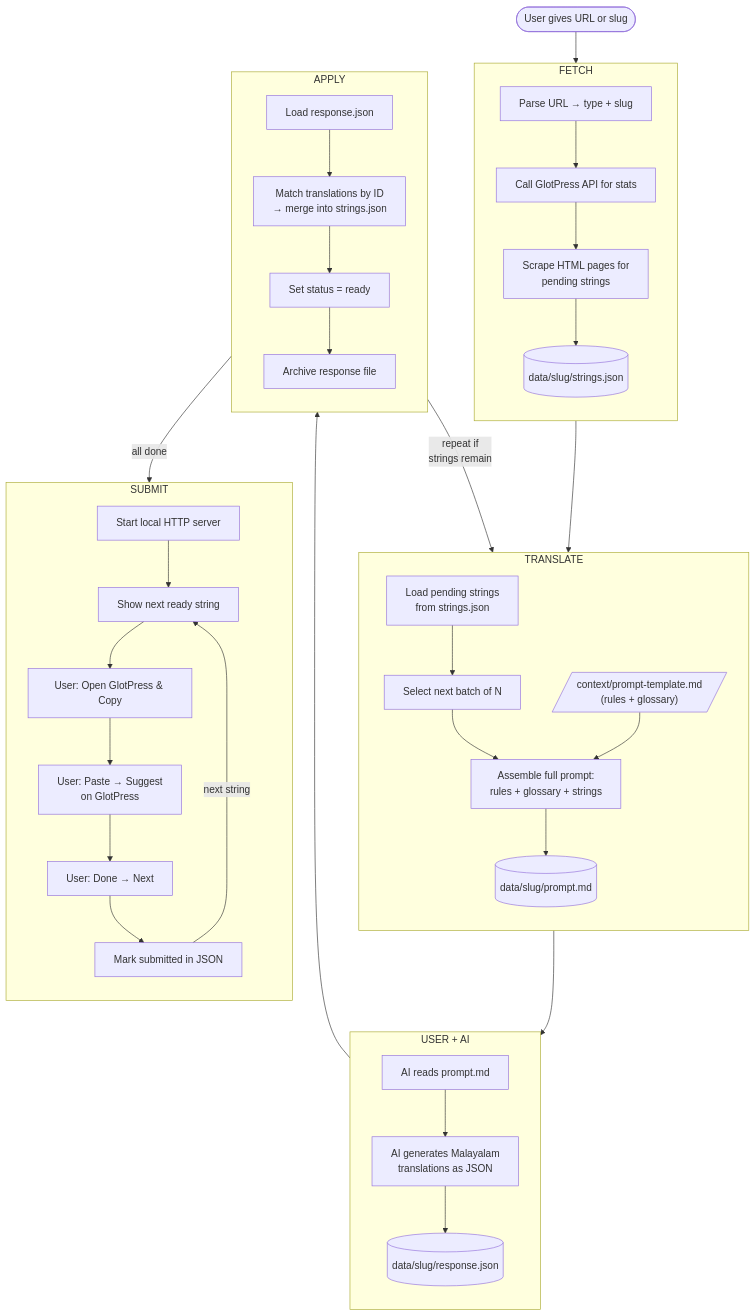
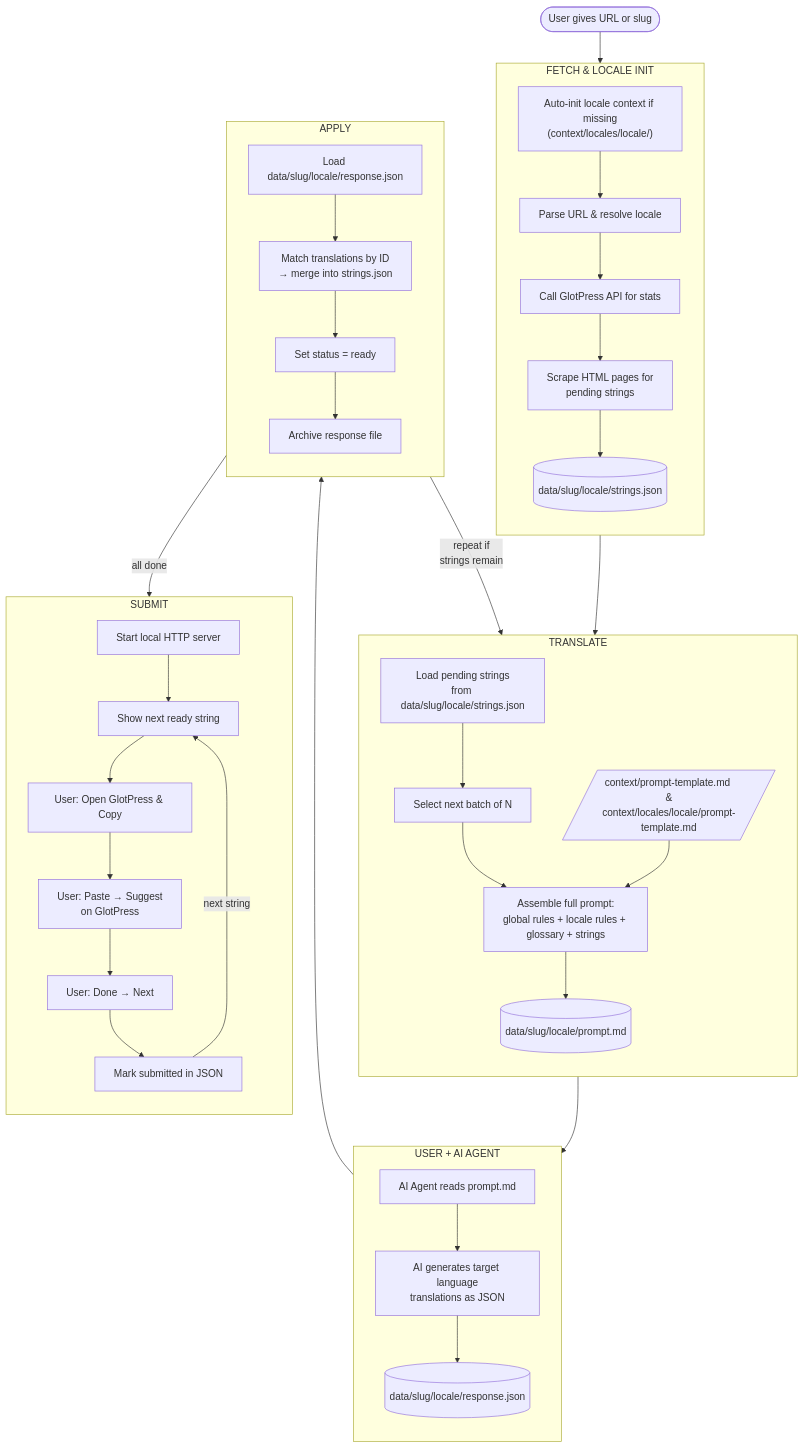
One commit to ajithrn/wp-translate-ai changed the third of 3 diagrams in docs/ARCHITECTURE.md. Above: the diagram before and after it, drawn with Mermaid. The commit also changed other lines of this file and 19 other files, not shown here.

First line of the commit message:
feat(architecture): migrate toolkit to universal multi-locale architecture

````diff
--- a/docs/ARCHITECTURE.md
+++ b/docs/ARCHITECTURE.md
@@ -45,62 +55,63 @@
 ```mermaid
 flowchart TD
     start(["User gives URL or slug"]) --> fetch
 
-    subgraph fetch["FETCH"]
+    subgraph fetch["FETCH & LOCALE INIT"]
         direction TB
-        f1["Parse URL → type + slug"]
+        f0["Auto-init locale context if missing<br/>(context/locales/locale/)"]
+        f1["Parse URL & resolve locale"]
         f2["Call GlotPress API for stats"]
         f3["Scrape HTML pages for<br/>pending strings"]
-        f4[("data/slug/strings.json")]
-        f1 --> f2 --> f3 --> f4
+        f4[("data/slug/locale/strings.json")]
+        f0 --> f1 --> f2 --> f3 --> f4
     end
 
     fetch --> translate
 
     subgraph translate["TRANSLATE"]
         direction TB
-        t1["Load pending strings<br/>from strings.json"]
+        t1["Load pending strings<br/>from data/slug/locale/strings.json"]
         t2["Select next batch of N"]
-        t_ctx[/"context/prompt-template.md<br/>(rules + glossary)"/]
-        t3["Assemble full prompt:<br/>rules + glossary + strings"]
-        t4[("data/slug/prompt.md")]
+        t_ctx[/"context/prompt-template.md &<br/>context/locales/locale/prompt-template.md"/]
+        t3["Assemble full prompt:<br/>global rules + locale rules + glossary + strings"]
+        t4[("data/slug/locale/prompt.md")]
         t1 --> t2 --> t3 --> t4
         t_ctx --> t3
     end
 
     translate --> userai
 
-    subgraph userai["USER + AI"]
+    subgraph userai["USER + AI AGENT"]
         direction TB
-        u1["AI reads prompt.md"]
-        u2["AI generates Malayalam<br/>translations as JSON"]
-        u3[("data/slug/response.json")]
+        u1["AI Agent reads prompt.md"]
+        u2["AI generates target language<br/>translations as JSON"]
+        u3[("data/slug/locale/response.json")]
         u1 --> u2 --> u3
     end
 
     userai --> apply
 
     subgraph apply["APPLY"]
         direction TB
-        a1["Load response.json"]
+        a1["Load data/slug/locale/response.json"]
         a2["Match translations by ID<br/>→ merge into strings.json"]
         a3["Set status = ready"]
         a4["Archive response file"]
         a1 --> a2 --> a3 --> a4
     end
 
     apply -->|"repeat if<br/>strings remain"| translate
     apply -->|"all done"| submit
 
     subgraph submit["SUBMIT"]
         direction TB
         s1["Start local HTTP server"]
         s2["Show next ready string"]
         s3["User: Open GlotPress & Copy"]
         s4["User: Paste → Suggest<br/>on GlotPress"]
         s5["User: Done → Next"]
         s6["Mark submitted in JSON"]
         s1 --> s2 --> s3 --> s4 --> s5 --> s6
         s6 -->|"next string"| s2
     end
 ```
````
